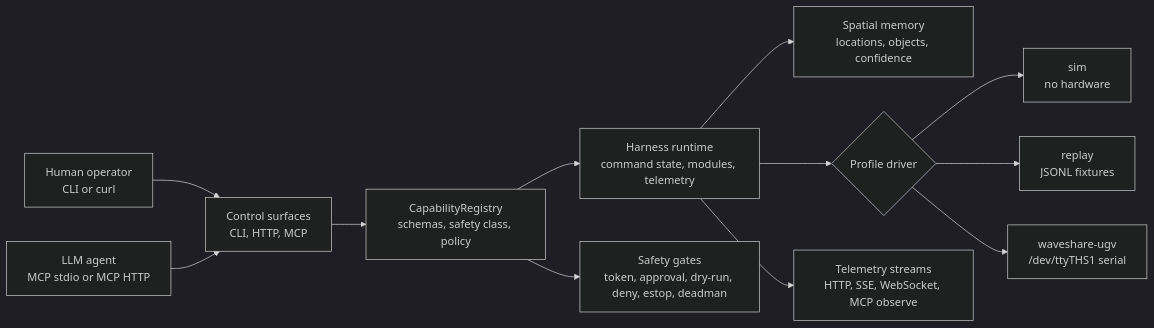
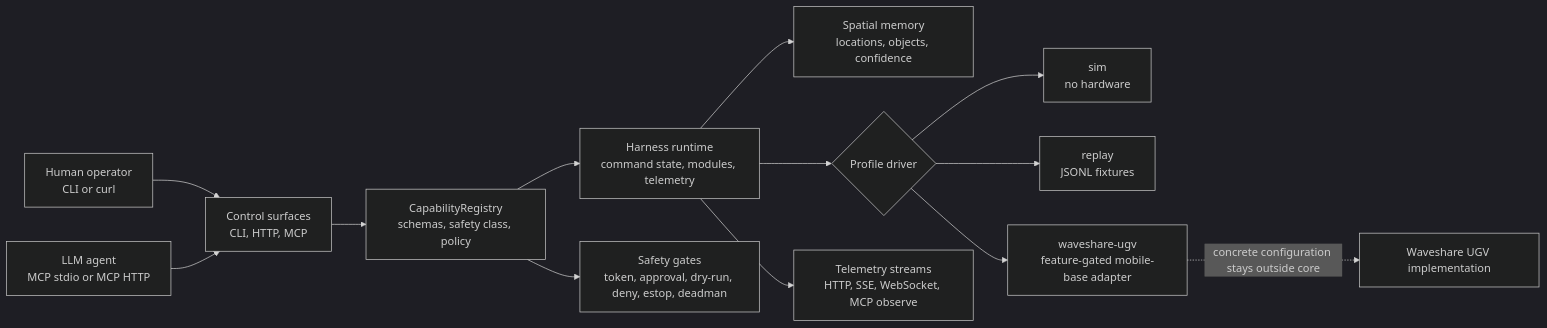
The second of 2 diagrams in README.md (specdog/leash), drawn with Mermaid (dark theme) before and after one commit. The commit also changed other lines of this file and 9 other files, not shown here.

````diff
--- a/README.md
+++ b/README.md
@@ -52,14 +55,15 @@
 ```mermaid
 flowchart LR
   human["Human operator\nCLI or curl"] --> surfaces["Control surfaces\nCLI, HTTP, MCP"]
   agent["LLM agent\nMCP stdio or MCP HTTP"] --> surfaces
   surfaces --> registry["CapabilityRegistry\nschemas, safety class, policy"]
   registry --> harness["Harness runtime\ncommand state, modules, telemetry"]
   harness --> memory["Spatial memory\nlocations, objects, confidence"]
   harness --> drivers{"Profile driver"}
   drivers --> sim["sim\nno hardware"]
   drivers --> replay["replay\nJSONL fixtures"]
-  drivers --> ugv["waveshare-ugv\n/dev/ttyTHS1 serial"]
+  drivers --> ugv["waveshare-ugv\nfeature-gated mobile-base adapter"]
+  ugv -. "concrete configuration stays outside core" .-> ugvImplementation["Waveshare UGV implementation"]
   harness --> streams["Telemetry streams\nHTTP, SSE, WebSocket, MCP observe"]
   registry --> safety["Safety gates\ntoken, approval, dry-run, deny, estop, deadman"]
 ```
````
